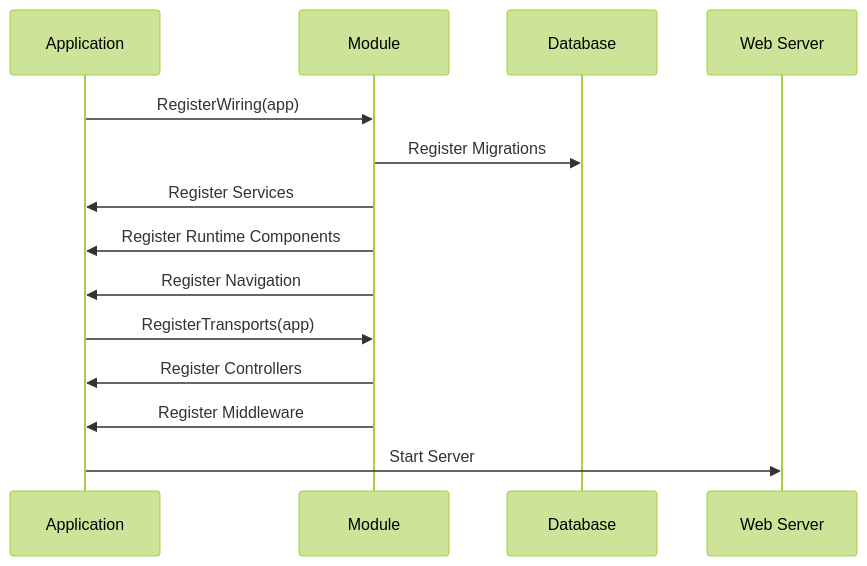
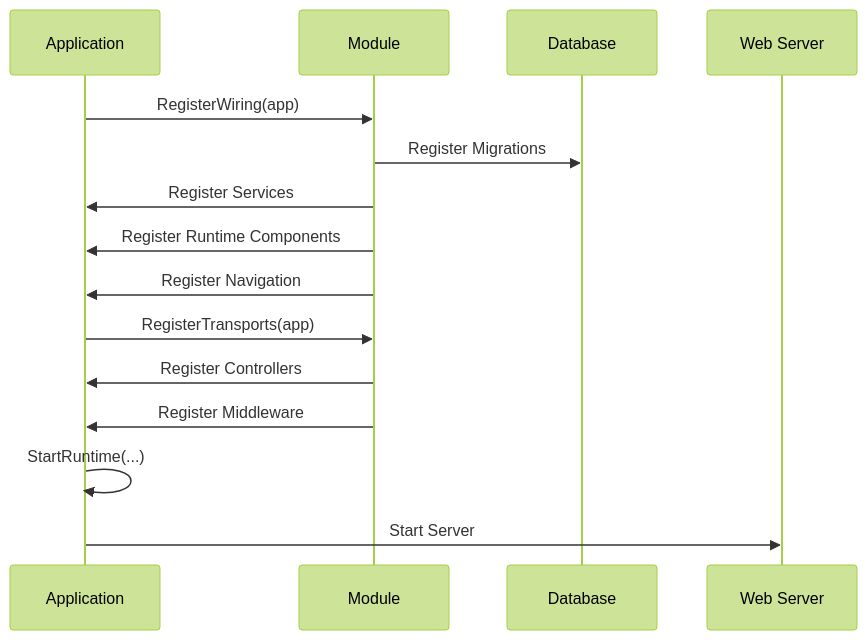
Before and after one commit to iota-uz/iota-sdk: the third of 7 diagrams in docs/content/architecture/index.mdx, drawn with Mermaid (forest theme). The commit also changed 19 other files, not shown here.

````diff
--- a/docs/content/architecture/index.mdx
+++ b/docs/content/architecture/index.mdx
@@ -103,17 +103,18 @@
 ```mermaid
 sequenceDiagram
     participant App as Application
     participant Mod as Module
     participant DB as Database
     participant Web as Web Server
     
     App->>Mod: RegisterWiring(app)
     Mod->>DB: Register Migrations
     Mod->>App: Register Services
     Mod->>App: Register Runtime Components
     Mod->>App: Register Navigation
     App->>Mod: RegisterTransports(app)
     Mod->>App: Register Controllers
     Mod->>App: Register Middleware
+    App->>App: StartRuntime(...)
     App->>Web: Start Server
 ```
````
